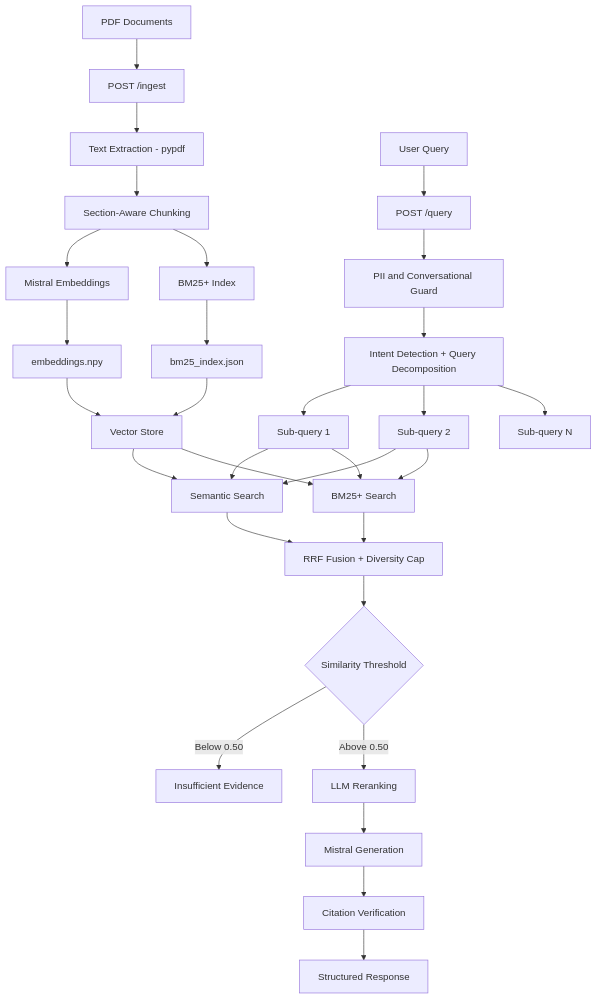
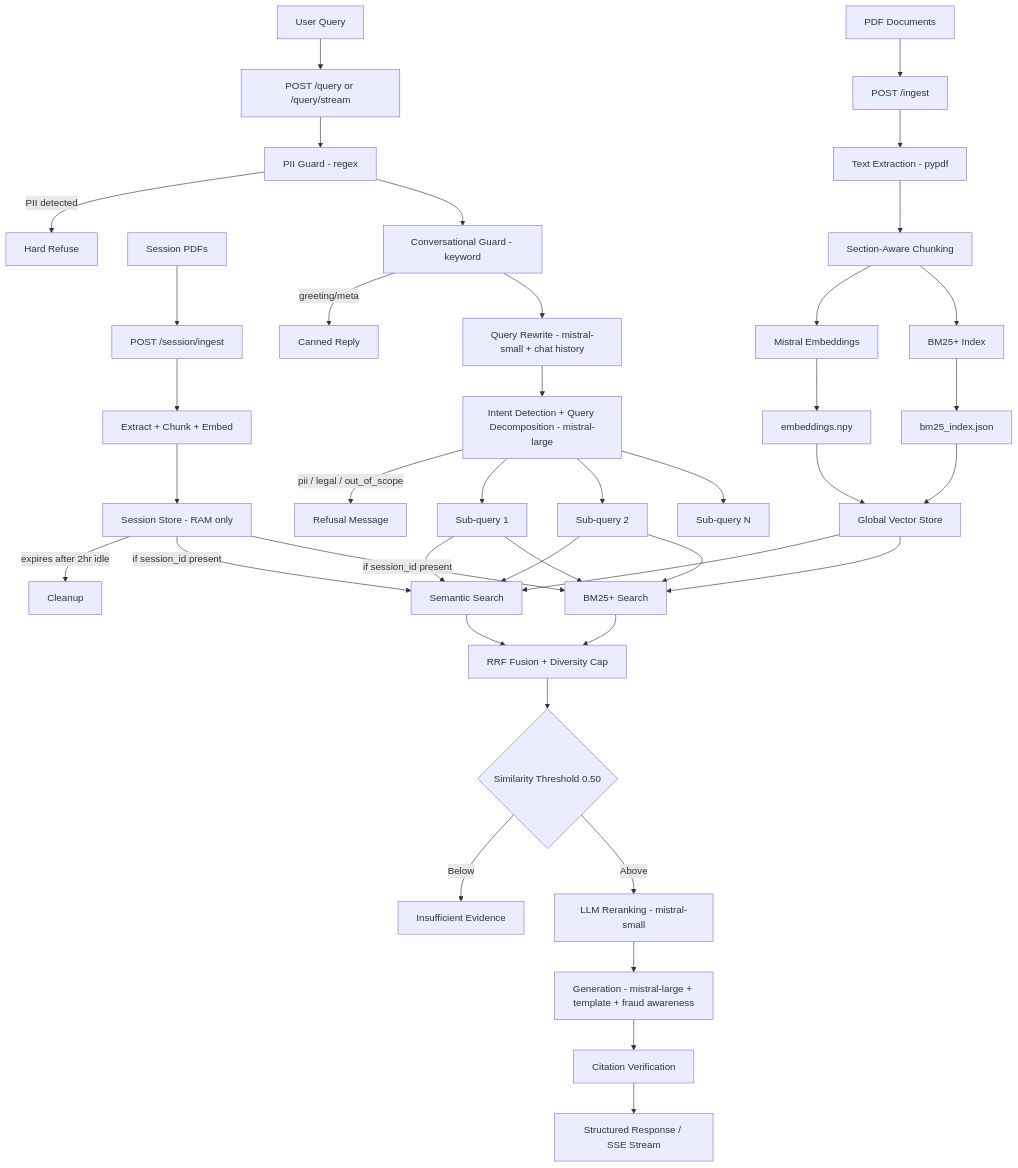
One commit to rohit-iipeml/insurance-rag changed the first of 2 diagrams in README.md. Above: the diagram before and after it, drawn with Mermaid. The commit also changed other lines of this file, not shown here.

Commit message:
docs: update README with session ingest, query rewrite, fraud awareness, and accurate API endpoints

````diff
--- a/README.md
+++ b/README.md
@@ -9,32 +9,45 @@
 ```mermaid
 graph TD
     A[PDF Documents] --> B[POST /ingest]
     B --> C[Text Extraction - pypdf]
     C --> D[Section-Aware Chunking]
     D --> E[Mistral Embeddings]
     D --> F[BM25+ Index]
     E --> G[embeddings.npy]
     F --> H[bm25_index.json]
-    G --> I[Vector Store]
+    G --> I[Global Vector Store]
     H --> I
-    J[User Query] --> K[POST /query]
-    K --> L[PII and Conversational Guard]
-    L --> M[Intent Detection + Query Decomposition]
+
+    A2[Session PDFs] --> B2[POST /session/ingest]
+    B2 --> C2[Extract + Chunk + Embed]
+    C2 --> I2[Session Store - RAM only]
+    I2 -->|expires after 2hr idle| DEL[Cleanup]
+
+    J[User Query] --> K[POST /query or /query/stream]
+    K --> L[PII Guard - regex]
+    L -->|PII detected| REF1[Hard Refuse]
+    L --> L2[Conversational Guard - keyword]
+    L2 -->|greeting/meta| REF2[Canned Reply]
+    L2 --> RW[Query Rewrite - mistral-small + chat history]
+    RW --> M[Intent Detection + Query Decomposition - mistral-large]
+    M -->|pii / legal / out_of_scope| REF3[Refusal Message]
     M --> N[Sub-query 1]
     M --> O[Sub-query 2]
     M --> P[Sub-query N]
     N --> Q[Semantic Search]
     N --> R[BM25+ Search]
     O --> Q
     O --> R
     Q --> S[RRF Fusion + Diversity Cap]
     R --> S
-    S --> T{Similarity Threshold}
-    T -->|Below 0.50| U[Insufficient Evidence]
-    T -->|Above 0.50| V2[LLM Reranking]
-    V2 --> V[Mistral Generation]
-    V --> W[Citation Verification]
-    W --> X[Structured Response]
     I --> Q
     I --> R
+    I2 -->|if session_id present| Q
+    I2 -->|if session_id present| R
+    S --> T{Similarity Threshold 0.50}
+    T -->|Below| U[Insufficient Evidence]
+    T -->|Above| V2[LLM Reranking - mistral-small]
+    V2 --> V[Generation - mistral-large + template + fraud awareness]
+    V --> W[Citation Verification]
+    W --> X[Structured Response / SSE Stream]
 ```
````
